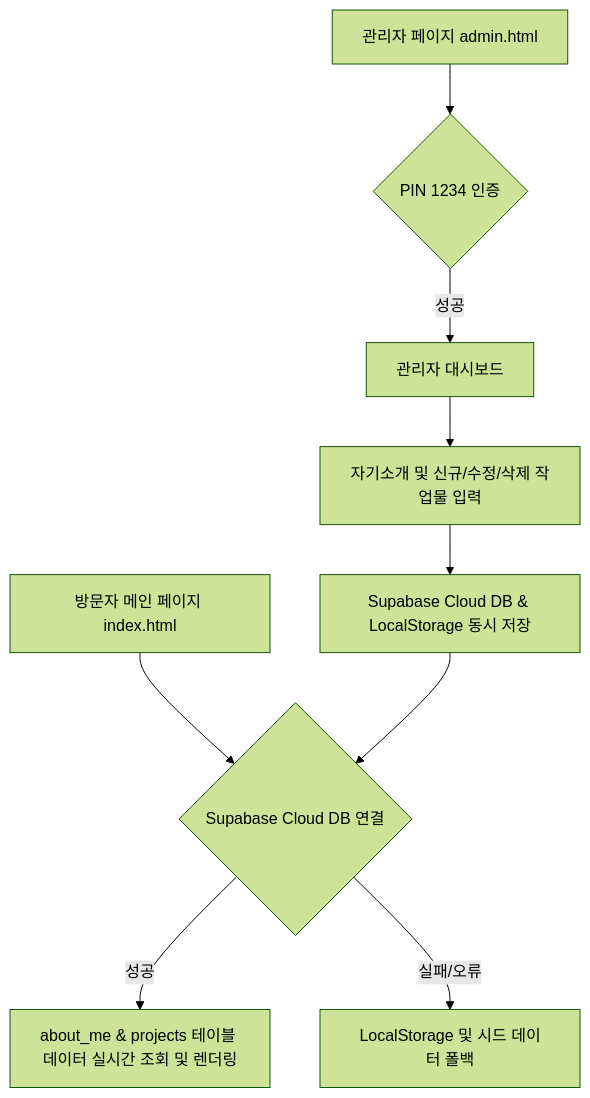
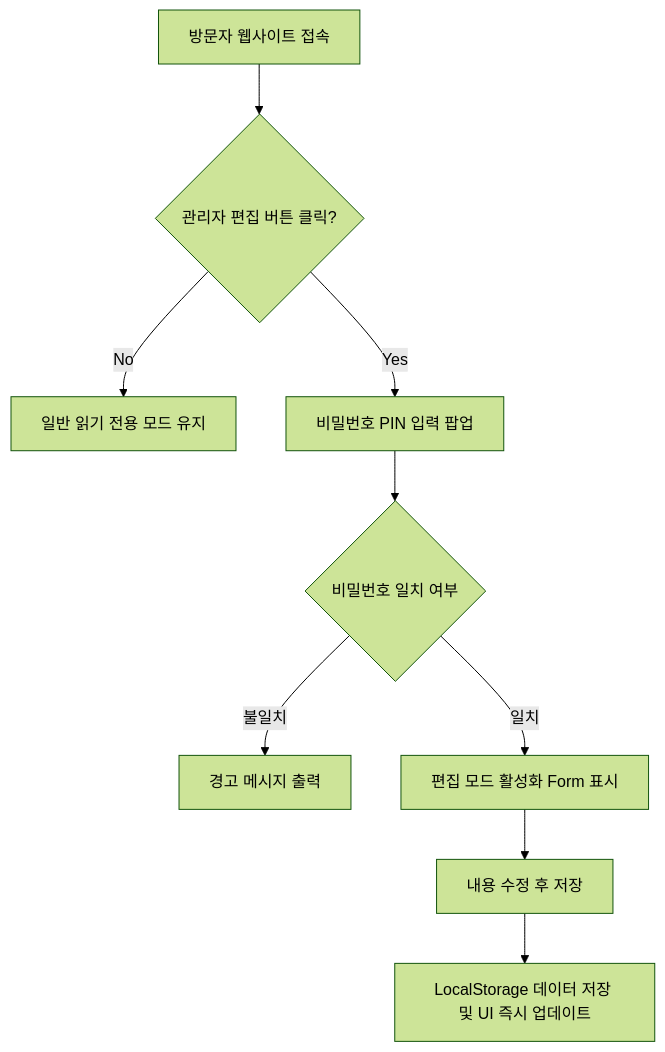
Before and after one commit to skawlsgur-oss/2026portfolio: the diagram in prd.md, drawn with Mermaid (forest theme). The commit also changed other lines of this file, not shown here.

````diff
--- a/prd.md
+++ b/prd.md
@@ -148,12 +135,11 @@
 ```mermaid
 graph TD
-    A[방문자 메인 페이지 index.html] --> B{Supabase Cloud DB 연결}
-    B -- 성공 --> C[about_me & projects 테이블 데이터 실시간 조회 및 렌더링]
-    B -- 실패/오류 --> D[LocalStorage 및 시드 데이터 폴백]
-    
-    E[관리자 페이지 admin.html] --> F{PIN 1234 인증}
-    F -- 성공 --> G[관리자 대시보드]
-    G --> H[자기소개 및 신규/수정/삭제 작업물 입력]
-    H --> I[Supabase Cloud DB & LocalStorage 동시 저장]
-    I --> B
+    A[방문자 웹사이트 접속] --> B{관리자 편집 버튼 클릭?}
+    B -- No --> C[일반 읽기 전용 모드 유지]
+    B -- Yes --> D[비밀번호 PIN 입력 팝업]
+    D --> E{비밀번호 일치 여부}
+    E -- 불일치 --> F[경고 메시지 출력]
+    E -- 일치 --> G[편집 모드 활성화 Form 표시]
+    G --> H[내용 수정 후 저장]
+    H --> I[LocalStorage 데이터 저장 및 UI 즉시 업데이트]
 ```
````
